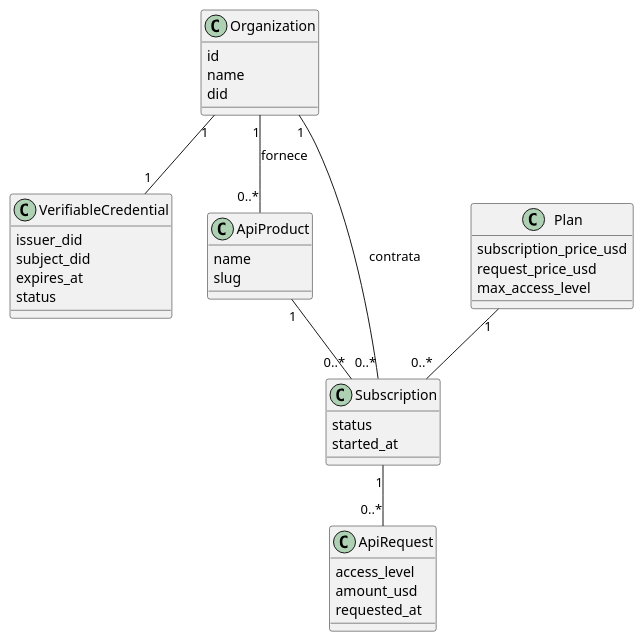
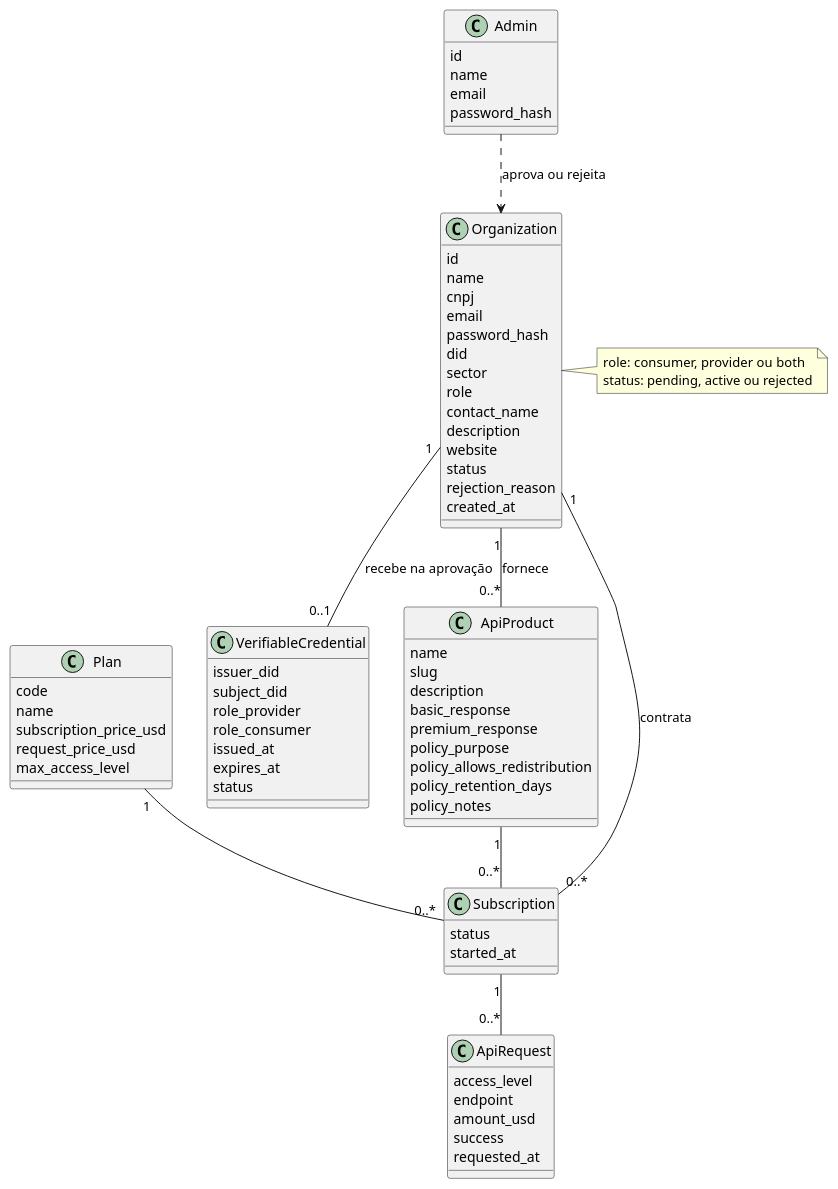
One commit to Pedro-Henrique-Assis/mvp-dataspaces changed the diagram in docs/uml/class.puml. Above: the diagram before and after it, drawn with PlantUML. The commit also changed 2 other files, not shown here.

Commit message:
docs: atualizar diagramas UML

```diff
--- a/docs/uml/class.puml
+++ b/docs/uml/class.puml
@@ -1,38 +1,75 @@
 @startuml
 class Organization {
   id
   name
+  cnpj
+  email
+  password_hash
   did
+  sector
+  role
+  contact_name
+  description
+  website
+  status
+  rejection_reason
+  created_at
+}
+class Admin {
+  id
+  name
+  email
+  password_hash
 }
 class VerifiableCredential {
   issuer_did
   subject_did
+  role_provider
+  role_consumer
+  issued_at
   expires_at
   status
 }
 class ApiProduct {
   name
   slug
+  description
+  basic_response
+  premium_response
+  policy_purpose
+  policy_allows_redistribution
+  policy_retention_days
+  policy_notes
 }
 class Plan {
+  code
+  name
   subscription_price_usd
   request_price_usd
   max_access_level
 }
 class Subscription {
   status
   started_at
 }
 class ApiRequest {
   access_level
+  endpoint
   amount_usd
+  success
   requested_at
 }
 
-Organization "1" -- "1" VerifiableCredential
+Organization "1" -- "0..1" VerifiableCredential : recebe na aprovação
 Organization "1" -- "0..*" ApiProduct : fornece
 Organization "1" -- "0..*" Subscription : contrata
 ApiProduct "1" -- "0..*" Subscription
 Plan "1" -- "0..*" Subscription
 Subscription "1" -- "0..*" ApiRequest
+Admin ..> Organization : aprova ou rejeita
+
+note right of Organization
+  role: consumer, provider ou both
+  status: pending, active ou rejected
+end note
 @enduml
```
